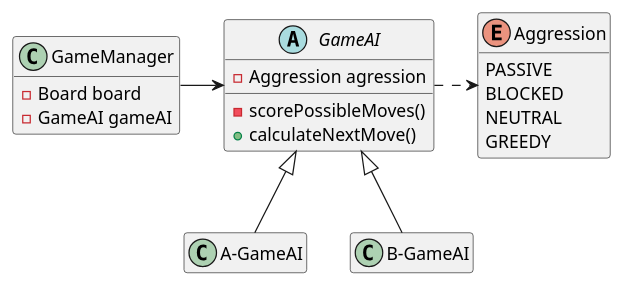
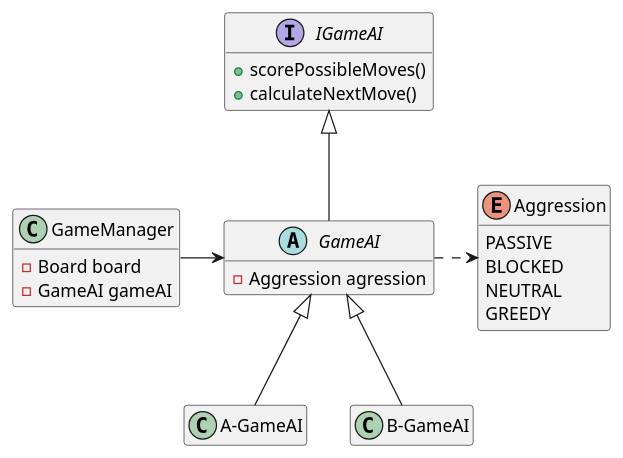
Before and after one commit to binu-manoharan/CGBF: the diagram in docs/game-ai.puml, drawn with PlantUML. The commit also changed 6 other files, not shown here.

```diff
--- a/docs/game-ai.puml
+++ b/docs/game-ai.puml
@@ -1,34 +1,36 @@
 @startuml
 
 hide empty fields
 hide empty method
 
 class GameManager {
     - Board board
     - GameAI gameAI
 }
 
-abstract class GameAI {
+interface IGameAI {
+    + scorePossibleMoves()
+    + calculateNextMove()
+}
+abstract class GameAI extends IGameAI {
     - Aggression agression
-    - scorePossibleMoves()
-    + calculateNextMove()
 }
 
 class A-GameAI extends GameAI {
 
 }
 
 class B-GameAI extends GameAI {
 
 }
 
 enum Aggression {
     PASSIVE
     BLOCKED
     NEUTRAL
     GREEDY
 }
 
 GameAI ..r> Aggression
 GameManager --r> GameAI
 @enduml
```
